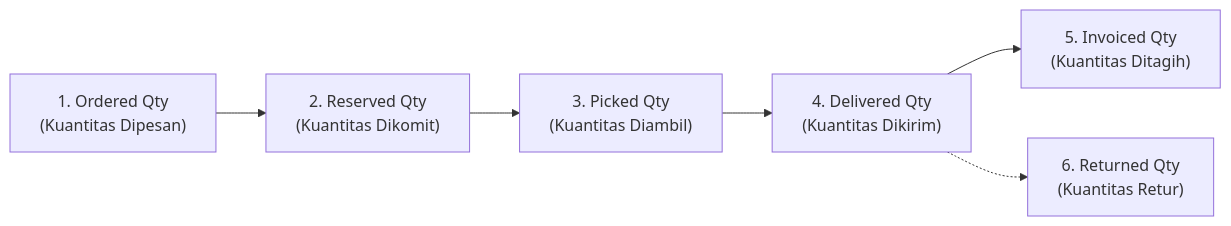
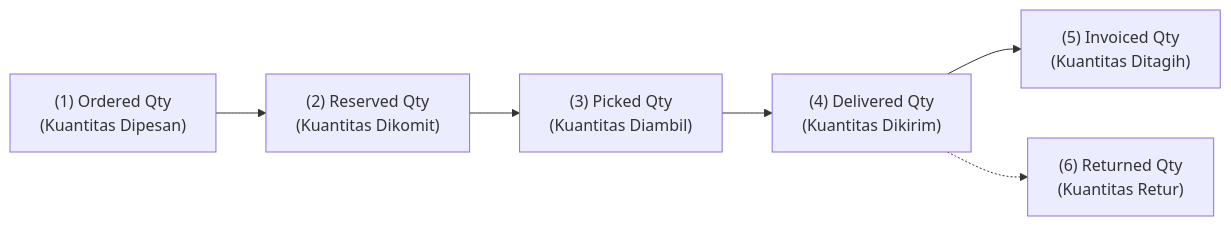
The first of 2 diagrams in content/03-sales/order-fulfillment.md (alimurrofid/erp-notes), drawn with Mermaid before and after one commit. The commit also changed other lines of this file and 132 other files, not shown here.

````diff
--- a/content/03-sales/order-fulfillment.md
+++ b/content/03-sales/order-fulfillment.md
@@ -28,10 +28,10 @@
 ```mermaid
 flowchart LR
-    O["1. Ordered Qty<br/>(Kuantitas Dipesan)"]
-    --> R["2. Reserved Qty<br/>(Kuantitas Dikomit)"]
-    --> P["3. Picked Qty<br/>(Kuantitas Diambil)"]
-    --> D["4. Delivered Qty<br/>(Kuantitas Dikirim)"]
-    --> I["5. Invoiced Qty<br/>(Kuantitas Ditagih)"]
+    O["(1) Ordered Qty<br/>(Kuantitas Dipesan)"]
+    --> R["(2) Reserved Qty<br/>(Kuantitas Dikomit)"]
+    --> P["(3) Picked Qty<br/>(Kuantitas Diambil)"]
+    --> D["(4) Delivered Qty<br/>(Kuantitas Dikirim)"]
+    --> I["(5) Invoiced Qty<br/>(Kuantitas Ditagih)"]
     
-    D -.-> Ret["6. Returned Qty<br/>(Kuantitas Retur)"]
+    D -.-> Ret["(6) Returned Qty<br/>(Kuantitas Retur)"]
 ```
````
